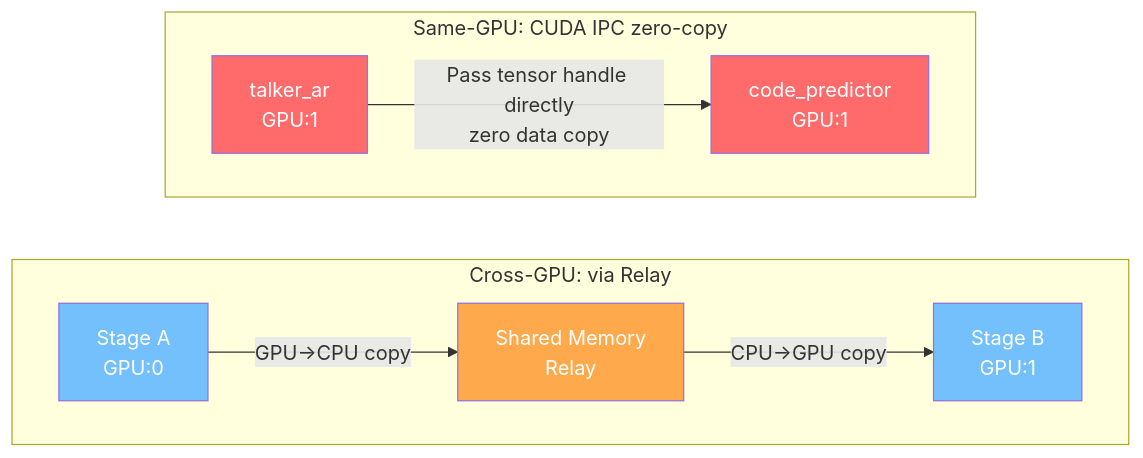
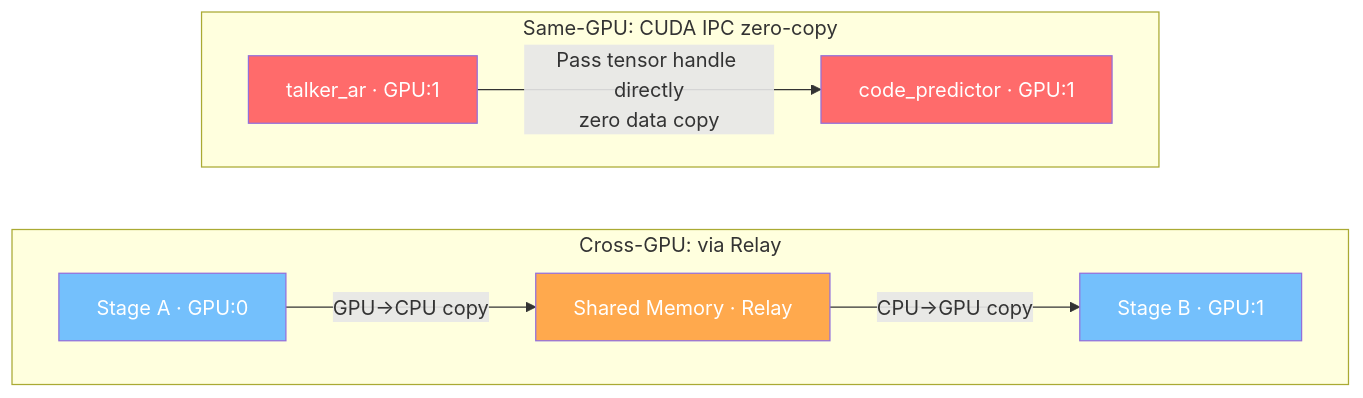
One commit to zhaochenyang20/Awesome-ML-SYS-Tutorial changed diagram 13 of 27 in sglang/sglang-omni/README.md. Above: the diagram before and after it, drawn with Mermaid. The commit also changed other lines of this file, not shown here.

First line of the commit message:
docs(sglang-omni): use single-line mermaid labels and redraw multi-model diagram with subgraphs

````diff
--- a/sglang/sglang-omni/README.md
+++ b/sglang/sglang-omni/README.md
@@ -580,23 +588,18 @@
 ```mermaid
 graph LR
     subgraph CrossGPU["Cross-GPU: via Relay"]
         direction LR
-        A1["`Stage A
-GPU:0`"] --> |"GPU→CPU copy"| SHM["`Shared Memory
-Relay`"] --> |"CPU→GPU copy"| B1["`Stage B
-GPU:1`"]
+        A1["Stage A · GPU:0"] --> |"GPU→CPU copy"| SHM["Shared Memory · Relay"] --> |"CPU→GPU copy"| B1["Stage B · GPU:1"]
     end
 
     subgraph SameGPU["Same-GPU: CUDA IPC zero-copy"]
         direction LR
-        A2["`talker_ar
-GPU:1`"] --> |"Pass tensor handle directly<br/>zero data copy"| B2["`code_predictor
-GPU:1`"]
+        A2["talker_ar · GPU:1"] --> |"Pass tensor handle directly<br/>zero data copy"| B2["code_predictor · GPU:1"]
     end
 
     style SHM fill:#ffa94d,color:#fff
     style A1 fill:#74c0fc,color:#fff
     style B1 fill:#74c0fc,color:#fff
     style A2 fill:#ff6b6b,color:#fff
     style B2 fill:#ff6b6b,color:#fff
 ```
````
